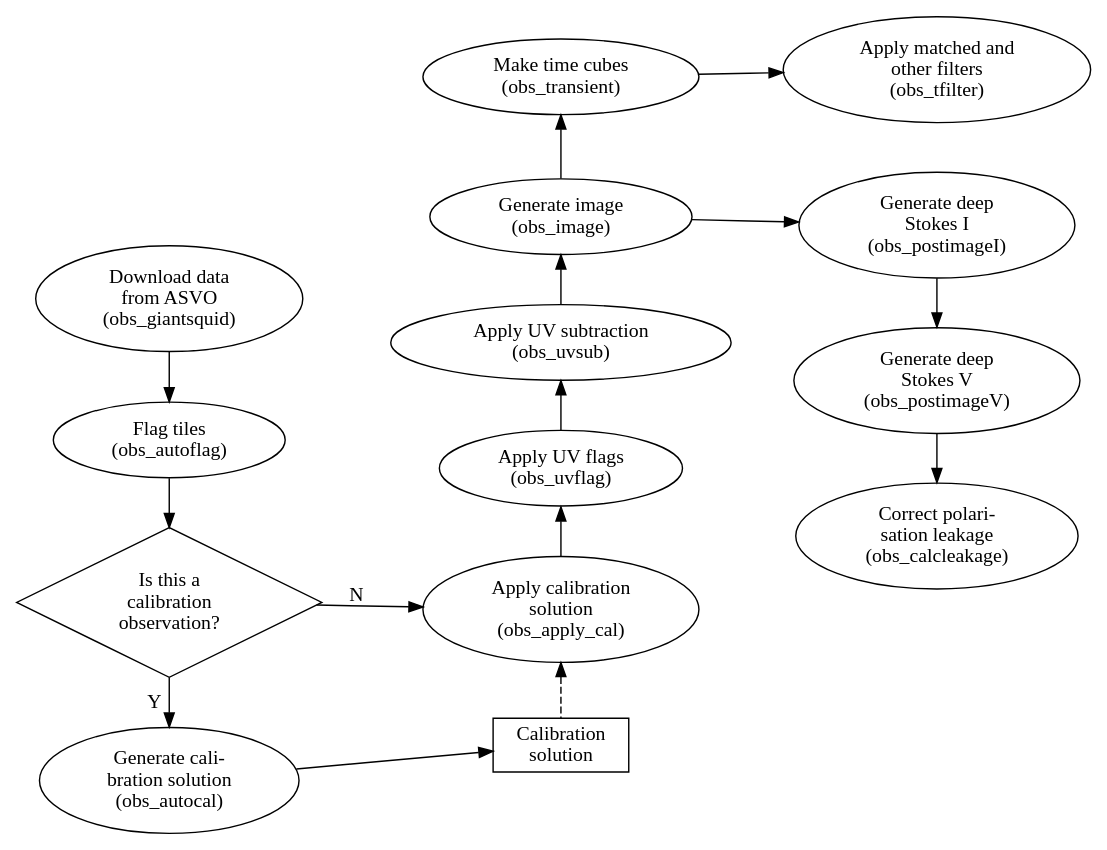
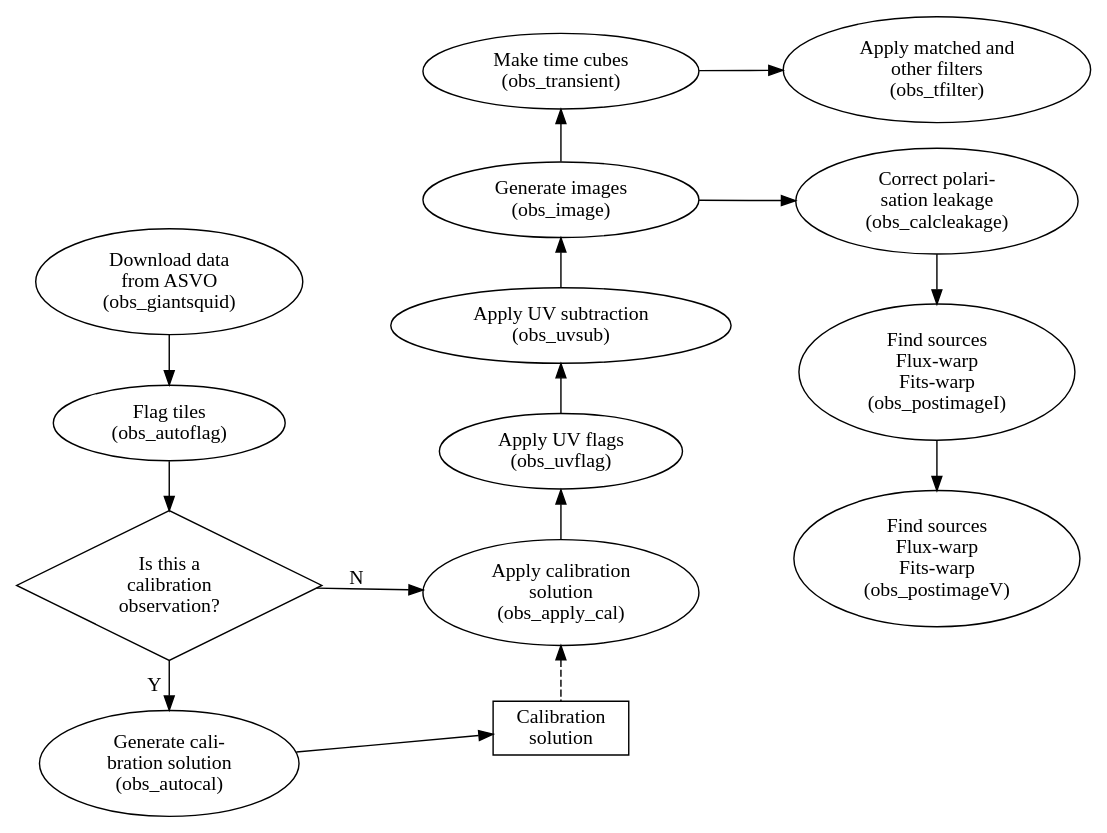
The diagram in doc/images/processing_pipeline_overview.dot (robotopia/MWA-Galactic-Plane-Monitoring), drawn with Graphviz before and after one commit. The commit also changed 3 other files, not shown here.

Commit message:
Switched calcleakage <--> postimage in docs. Added missing fits needed for warp. Code unchanged.

```diff
--- a/doc/images/processing_pipeline_overview.dot
+++ b/doc/images/processing_pipeline_overview.dot
@@ -1,46 +1,42 @@
 digraph G {
   rankdir="LR";
 
   // TODO: Make this subgraph actually do something! (And add other subgraphs)
   subgraph cluster_0 {
     style=filled;
     color=lightgrey;
     transient [label="Make time cubes\n(obs_transient)"];
     tfilter [label="Apply matched and\nother filters\n(obs_tfilter)"];
     transient -> tfilter;
     label="Transients"
   }
 
   is_cal [shape=diamond; label="Is this a\ncalibration\nobservation?"];
-  postimageI [label="postimage-I"];
-  postimageV [label="postimage-V"];
   calsol [shape=rectangle; label="Calibration\nsolution"];
   giantsquid [label="Download data\nfrom ASVO\n(obs_giantsquid)"];
   autoflag [label="Flag tiles\n(obs_autoflag)"];
   autocal [label="Generate cali-\nbration solution\n(obs_autocal)"];
   apply_cal [label="Apply calibration\nsolution\n(obs_apply_cal)"];
   uvflag [label="Apply UV flags\n(obs_uvflag)"];
   uvsub [label="Apply UV subtraction\n(obs_uvsub)"];
-  image [label="Generate image\n(obs_image)"];
-  postimageI [label="Generate deep\nStokes I\n(obs_postimageI)"];
-  postimageV [label="Generate deep\nStokes V\n(obs_postimageV)"];
+  image [label="Generate images\n(obs_image)"];
+  postimageI [label="Find sources\nFlux-warp\nFits-warp\n(obs_postimageI)"];
+  postimageV [label="Find sources\nFlux-warp\nFits-warp\n(obs_postimageV)"];
   calc_leakage [label="Correct polari-\nsation leakage\n(obs_calcleakage)"];
 
   giantsquid -> autoflag -> is_cal;
   is_cal -> autocal [label="Y"];
   autocal -> calsol;
   image -> uvsub [dir=back];
   uvsub -> uvflag [dir=back];
   uvflag -> apply_cal [dir=back];
   transient -> image [dir=back];
   tfilter -> postimageI [style=invis];
-  image -> postimageI;
-  postimageI -> postimageV;
-  postimageV -> calc_leakage;
+  image -> calc_leakage -> postimageI -> postimageV;
   apply_cal -> calsol [dir=back; style=dashed];
   is_cal -> apply_cal [label="N"];
 
   {rank="same"; giantsquid; autoflag; is_cal; autocal;}
   {rank="same"; apply_cal; calsol; uvflag; uvsub; image; transient;}
   {rank="same"; tfilter; postimageI; postimageV; calc_leakage;}
 }
```
